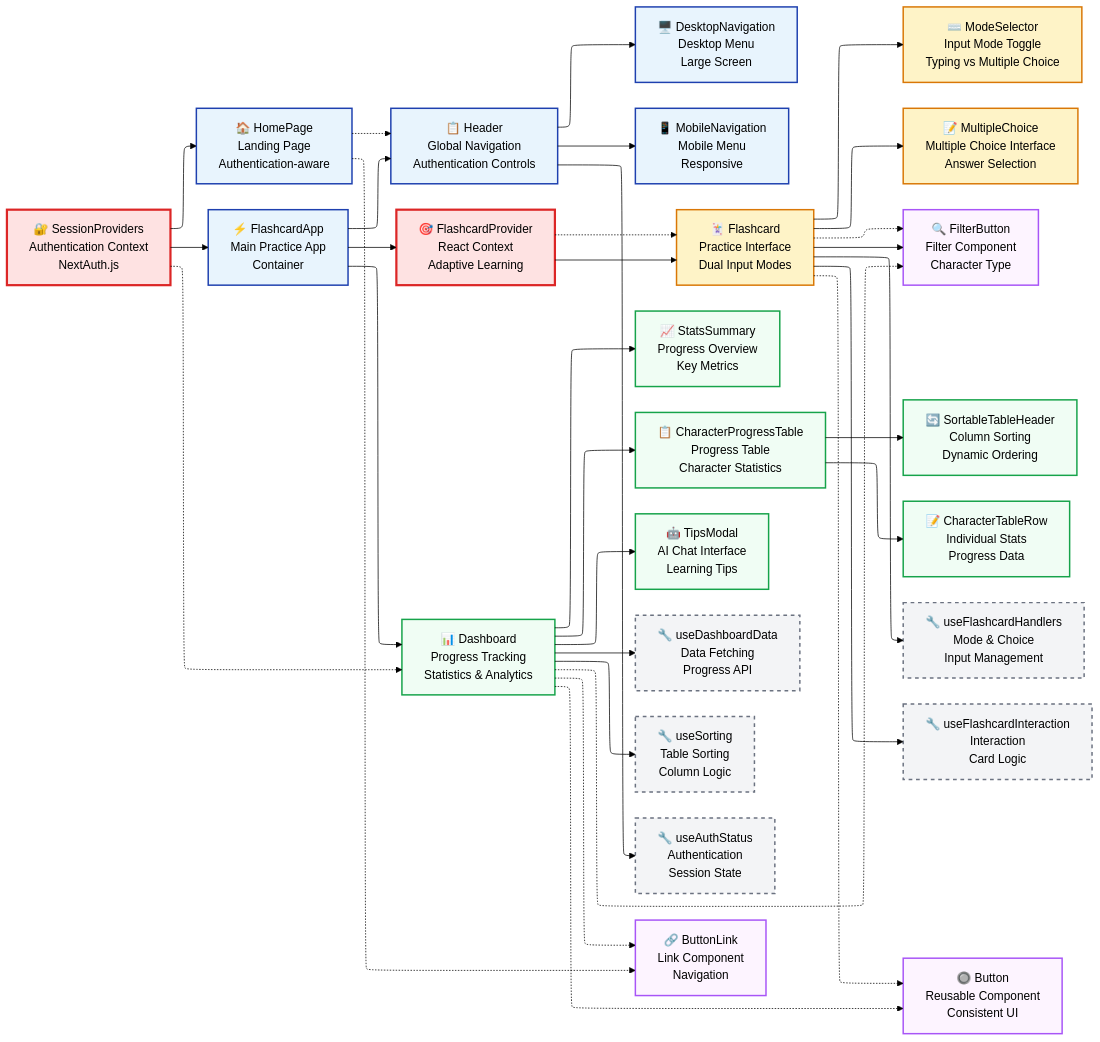
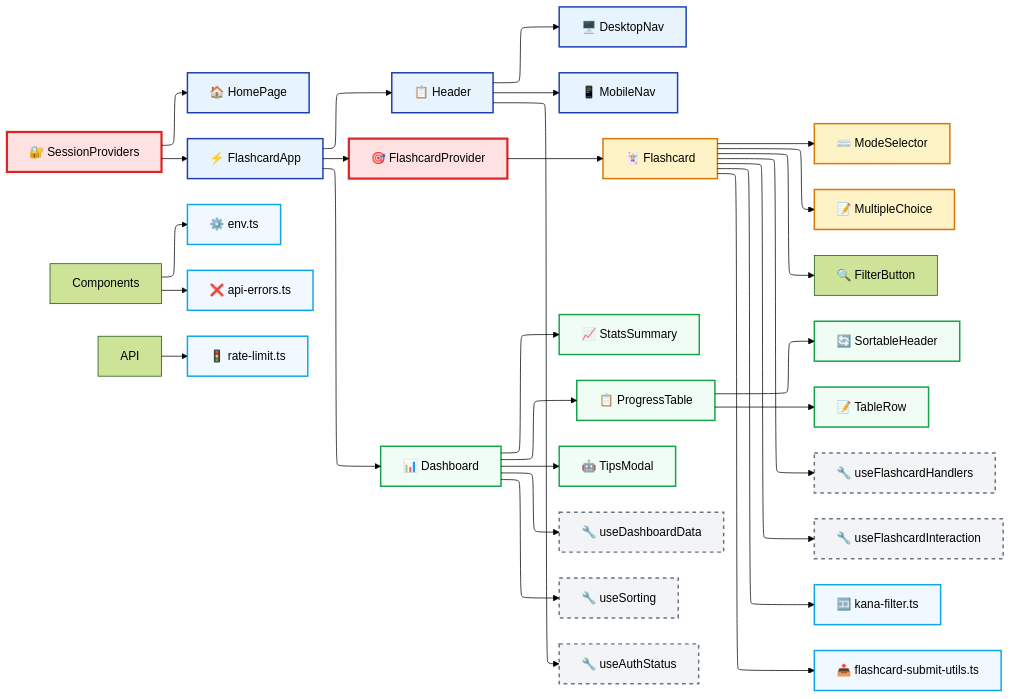
Before and after one commit to sakan811/SakuMari: the diagram in docs/mermaid/component.mmd, drawn with Mermaid. The commit also changed 2 other files, not shown here.

Commit message:
docs: simplify Mermaid diagrams with cleaner structure

```diff
--- a/docs/mermaid/component.mmd
+++ b/docs/mermaid/component.mmd
@@ -1,79 +1,56 @@
 ---
 config:
   theme: 'forest'
   defaultRenderer: "elk"
   layout: elk
 ---
 flowchart LR
-    %% Authentication Layer
-    SessionProviders["🔐 SessionProviders<br/>Authentication Context<br/>NextAuth.js"]
+    SessionProviders["🔐 SessionProviders"]
 
-    %% Root Application Structure
-    SessionProviders --> HomePage["🏠 HomePage<br/>Landing Page<br/>Authentication-aware"]
-    SessionProviders --> FlashcardApp["⚡ FlashcardApp<br/>Main Practice App<br/>Container"]
+    SessionProviders --> HomePage["🏠 HomePage"]
+    SessionProviders --> FlashcardApp["⚡ FlashcardApp"]
 
-    %% Core Application Components
-    FlashcardApp --> Header["📋 Header<br/>Global Navigation<br/>Authentication Controls"]
-    FlashcardApp --> FlashcardProvider["🎯 FlashcardProvider<br/>React Context<br/>Adaptive Learning"]
+    FlashcardApp --> Header["📋 Header"]
+    FlashcardApp --> FlashcardProvider["🎯 FlashcardProvider"]
 
-    %% Navigation Components
-    Header --> DesktopNavigation["🖥️ DesktopNavigation<br/>Desktop Menu<br/>Large Screen"]
-    Header --> MobileNavigation["📱 MobileNavigation<br/>Mobile Menu<br/>Responsive"]
+    Header --> DesktopNavigation["🖥️ DesktopNav"]
+    Header --> MobileNavigation["📱 MobileNav"]
 
-    %% Practice Flow Components
-    FlashcardProvider --> Flashcard["🃏 Flashcard<br/>Practice Interface<br/>Dual Input Modes"]
+    FlashcardProvider --> Flashcard["🃏 Flashcard"]
+    Flashcard --> ModeSelector["⌨️ ModeSelector"]
+    Flashcard --> MultipleChoice["📝 MultipleChoice"]
+    Flashcard --> FilterButton["🔍 FilterButton"]
 
-    Flashcard --> ModeSelector["⌨️ ModeSelector<br/>Input Mode Toggle<br/>Typing vs Multiple Choice"]
-    Flashcard --> MultipleChoice["📝 MultipleChoice<br/>Multiple Choice Interface<br/>Answer Selection"]
-    Flashcard --> FilterButton["🔍 FilterButton<br/>Character Type Filter<br/>Hiragana/Katakana/All"]
+    FlashcardApp --> Dashboard["📊 Dashboard"]
+    Dashboard --> StatsSummary["📈 StatsSummary"]
+    Dashboard --> CharacterProgressTable["📋 ProgressTable"]
+    Dashboard --> TipsModal["🤖 TipsModal"]
 
-    %% Dashboard Components
-    FlashcardApp --> Dashboard["📊 Dashboard<br/>Progress Tracking<br/>Statistics & Analytics"]
+    CharacterProgressTable --> SortableTableHeader["🔄 SortableHeader"]
+    CharacterProgressTable --> CharacterTableRow["📝 TableRow"]
 
-    Dashboard --> StatsSummary["📈 StatsSummary<br/>Progress Overview<br/>Key Metrics"]
-    Dashboard --> CharacterProgressTable["📋 CharacterProgressTable<br/>Progress Table<br/>Character Statistics"]
-    Dashboard --> TipsModal["🤖 TipsModal<br/>AI Chat Interface<br/>Learning Tips"]
+    Dashboard --> useDashboardData["🔧 useDashboardData"]
+    Dashboard --> useSorting["🔧 useSorting"]
+    Header --> useAuthStatus["🔧 useAuthStatus"]
+    Flashcard --> useFlashcardHandlers["🔧 useFlashcardHandlers"]
+    Flashcard --> useFlashcardInteraction["🔧 useFlashcardInteraction"]
 
-    %% Table Sub-Components
-    CharacterProgressTable --> SortableTableHeader["🔄 SortableTableHeader<br/>Column Sorting<br/>Dynamic Ordering"]
-    CharacterProgressTable --> CharacterTableRow["📝 CharacterTableRow<br/>Individual Stats<br/>Progress Data"]
+    Components --> EnvUtils["⚙️ env.ts"]
+    Components --> ErrorUtils["❌ api-errors.ts"]
+    Flashcard --> KanaFilter["🈁 kana-filter.ts"]
+    Flashcard --> SubmitUtils["📤 flashcard-submit-utils.ts"]
+    API --> RateLimitUtils["🚦 rate-limit.ts"]
 
-    %% Custom Hooks Integration
-    Dashboard --> useDashboardData["🔧 useDashboardData<br/>Data Fetching<br/>Progress API"]
-    Dashboard --> useSorting["🔧 useSorting<br/>Table Sorting<br/>Column Logic"]
-    Header --> useAuthStatus["🔧 useAuthStatus<br/>Authentication<br/>Session State"]
-    Flashcard --> useFlashcardHandlers["🔧 useFlashcardHandlers<br/>Mode & Choice<br/>Input Management"]
-    Flashcard --> useFlashcardInteraction["🔧 useFlashcardInteraction<br/>Interaction<br/>Card Logic"]
-
-    %% UI Components System
-    Button["🔘 Button<br/>Reusable Component<br/>Consistent UI"]
-    ButtonLink["🔗 ButtonLink<br/>Link Component<br/>Navigation"]
-    FilterButton["🔍 FilterButton<br/>Filter Component<br/>Character Type"]
-
-    %% Component Usage Relationships
-    HomePage -.-> Header
-    HomePage -.-> ButtonLink
-    Dashboard -.-> Button
-    Dashboard -.-> ButtonLink
-    Flashcard -.-> Button
-    Flashcard -.-> FilterButton
-    Dashboard -.-> FilterButton
-
-    %% Context Provider Relationships
-    FlashcardProvider -.-> Flashcard
-    SessionProviders -.-> Dashboard
-
-    %% Styling Classes
     classDef coreComponent fill:#e8f4fd,stroke:#1e40af,stroke-width:2px
     classDef practiceComponent fill:#fef3c7,stroke:#d97706,stroke-width:2px
     classDef dashboardComponent fill:#f0fdf4,stroke:#16a34a,stroke-width:2px
-    classDef uiComponent fill:#fdf4ff,stroke:#a855f7,stroke-width:2px
     classDef contextProvider fill:#fee2e2,stroke:#dc2626,stroke-width:3px
     classDef customHook fill:#f3f4f6,stroke:#6b7280,stroke-width:2px,stroke-dasharray: 5 5
+    classDef utilityLib fill:#f0f9ff,stroke:#0ea5e9,stroke-width:2px
 
     class SessionProviders,HomePage,FlashcardApp,Header,DesktopNavigation,MobileNavigation coreComponent
     class Flashcard,ModeSelector,MultipleChoice,FlashcardProvider practiceComponent
     class Dashboard,StatsSummary,CharacterProgressTable,SortableTableHeader,CharacterTableRow,TipsModal dashboardComponent
-    class Button,ButtonLink,FilterButton uiComponent
     class FlashcardProvider,SessionProviders contextProvider
     class useDashboardData,useSorting,useAuthStatus,useFlashcardHandlers,useFlashcardInteraction customHook
+    class EnvUtils,ErrorUtils,KanaFilter,SubmitUtils,RateLimitUtils utilityLib
```
